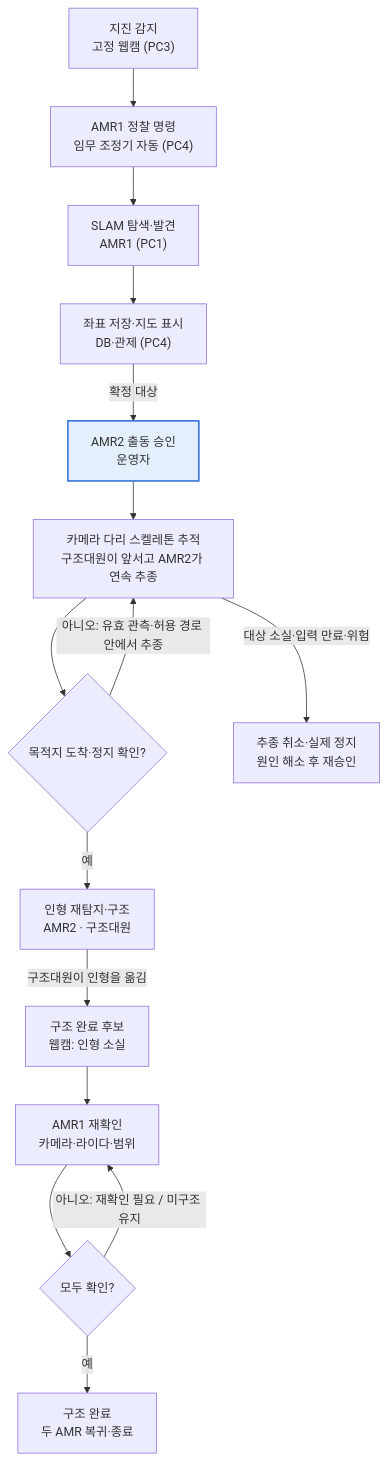
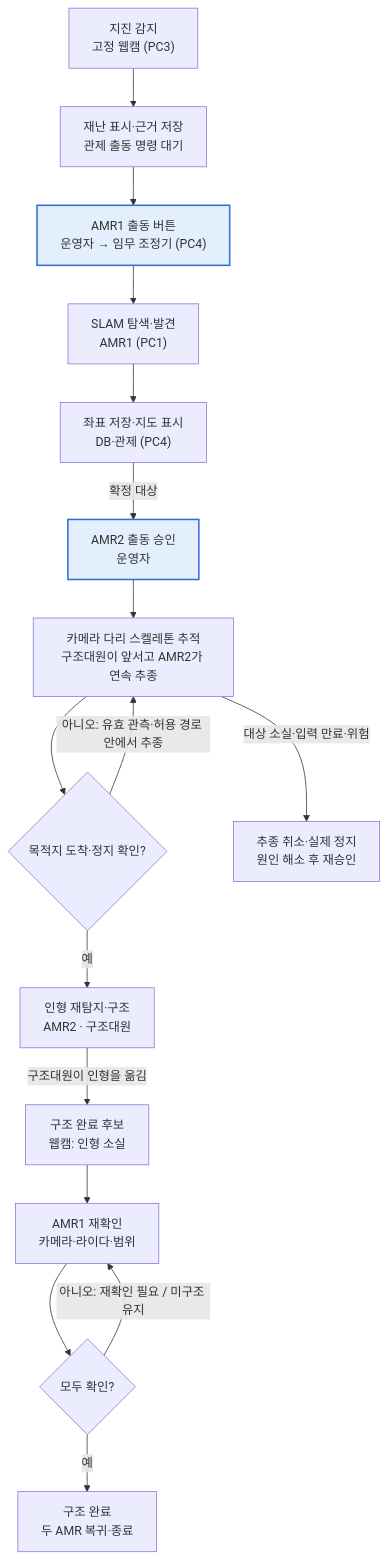
One commit to mi1nn/ROKEY-7-public changed the diagram in docs/requirements/brd-v0.2.md. Above: the diagram before and after it, drawn with Mermaid. The commit also changed other lines of this file and 7 other files, not shown here.

````diff
--- a/docs/requirements/brd-v0.2.md
+++ b/docs/requirements/brd-v0.2.md
@@ -46,19 +46,20 @@
 ```mermaid
 flowchart TD
-  A["지진 감지<br/>고정 웹캠 (PC3)"] --> B["AMR1 정찰 명령<br/>임무 조정기 자동 (PC4)"]
+  A["지진 감지<br/>고정 웹캠 (PC3)"] --> W["재난 표시·근거 저장<br/>관제 출동 명령 대기"]
+  W --> B["AMR1 출동 버튼<br/>운영자 → 임무 조정기 (PC4)"]
   B --> C["SLAM 탐색·발견<br/>AMR1 (PC1)"]
   C --> D["좌표 저장·지도 표시<br/>DB·관제 (PC4)"]
   D -- "확정 대상" --> E["AMR2 출동 승인<br/>운영자"]
   E --> F["카메라 다리 스켈레톤 추적<br/>구조대원이 앞서고 AMR2가 연속 추종"]
   F --> G{"목적지 도착·정지 확인?"}
   G -- "아니오: 유효 관측·허용 경로 안에서 추종" --> F
   G -- "예" --> H["인형 재탐지·구조<br/>AMR2 · 구조대원"]
   F -- "대상 소실·입력 만료·위험" --> S["추종 취소·실제 정지<br/>원인 해소 후 재승인"]
   H -- "구조대원이 인형을 옮김" --> I["구조 완료 후보<br/>웹캠: 인형 소실"]
   I --> J["AMR1 재확인<br/>카메라·라이다·범위"]
   J --> K{"모두 확인?"}
   K -- "아니오: 재확인 필요 / 미구조 유지" --> J
   K -- "예" --> L["구조 완료<br/>두 AMR 복귀·종료"]
   classDef approve fill:#e3effc,stroke:#2f6fd6,stroke-width:2px
-  class E approve
+  class B,E approve
 ```
````
